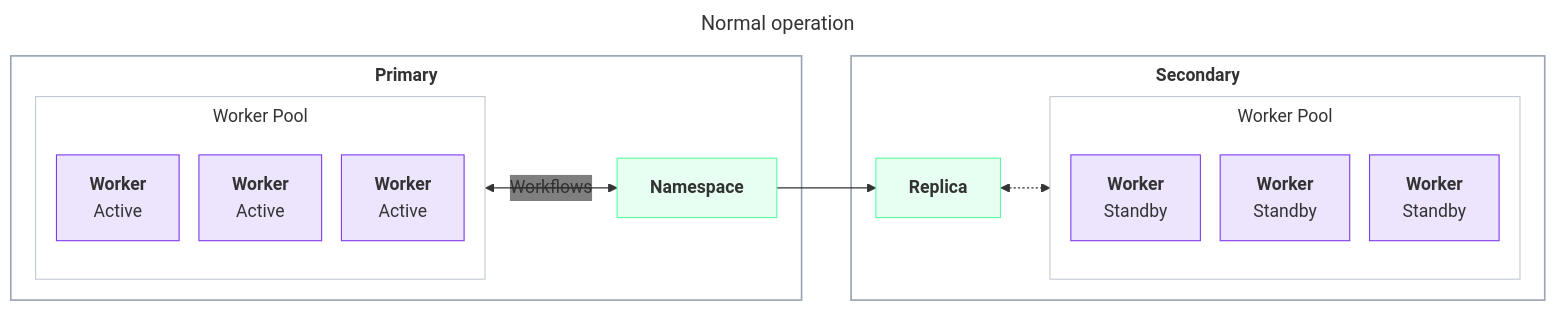
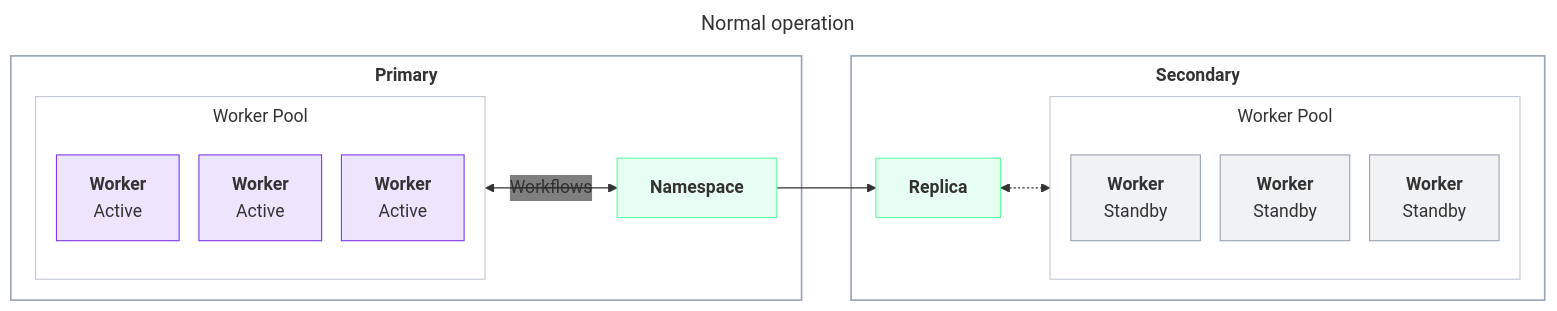
Diagram 14 of 23 in docs/cloud/high-availability/architecture-patterns.mdx (temporalio/documentation), drawn with Mermaid before and after one commit. The commit also changed other lines of this file, not shown here.

First line of the commit message:
Address review feedback on architecture-patterns.mdx

````diff
--- a/docs/cloud/high-availability/architecture-patterns.mdx
+++ b/docs/cloud/high-availability/architecture-patterns.mdx
@@ -497,32 +494,33 @@
 ```mermaid
 ---
 title: Normal operation
 ---
 %%{init: {'themeVariables':{'fontFamily':'Inter, ui-sans-serif, system-ui, sans-serif','edgeLabelBackground':'transparent'},'flowchart':{'nodeSpacing':18,'rankSpacing':45,'curve':'basis','subGraphTitleMargin':{'top':6,'bottom':12}}}}%%
 flowchart LR
     classDef worker fill:#7C3AED22,stroke:#7C3AED,stroke-width:1px;
+    classDef standby fill:#9aa4b224,stroke:#9aa4b2,stroke-width:1px;
     classDef ns fill:#59FDA024,stroke:#59FDA0,stroke-width:1px;
     classDef region fill:transparent,stroke:#9aa4b2,stroke-width:1.5px;
     classDef pool fill:transparent,stroke:#c2c8d2,stroke-width:1px;
     subgraph HPRIM["<b>Primary</b>"]
       subgraph HWP["Worker Pool"]
         HW1["<b>Worker</b><br/>Active"]:::worker
         HW2["<b>Worker</b><br/>Active"]:::worker
         HW3["<b>Worker</b><br/>Active"]:::worker
       end
       HNS["<b>Namespace</b>"]:::ns
       HWP <-->|Workflows| HNS
     end
     subgraph HSEC["<b>Secondary</b>"]
       HR["<b>Replica</b>"]:::ns
       subgraph HWP2["Worker Pool"]
-        HS1["<b>Worker</b><br/>Standby"]:::worker
-        HS2["<b>Worker</b><br/>Standby"]:::worker
-        HS3["<b>Worker</b><br/>Standby"]:::worker
+        HS1["<b>Worker</b><br/>Standby"]:::standby
+        HS2["<b>Worker</b><br/>Standby"]:::standby
+        HS3["<b>Worker</b><br/>Standby"]:::standby
       end
       HR <-.-> HWP2
     end
     HNS --> HR
     class HPRIM,HSEC region
     class HWP,HWP2 pool
 ```
````
